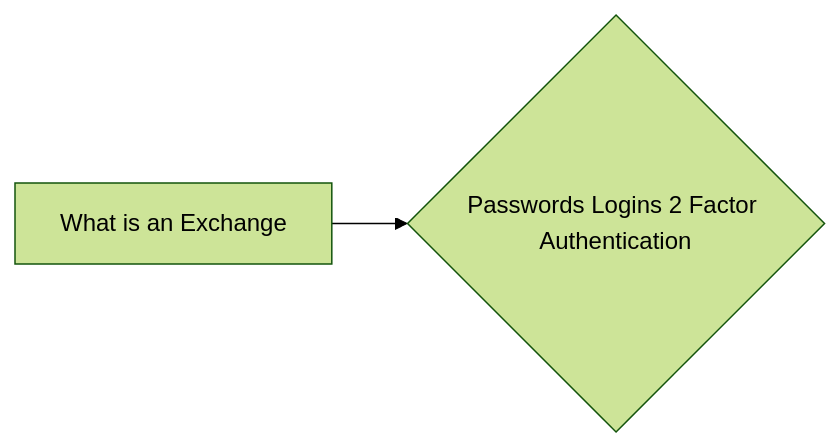
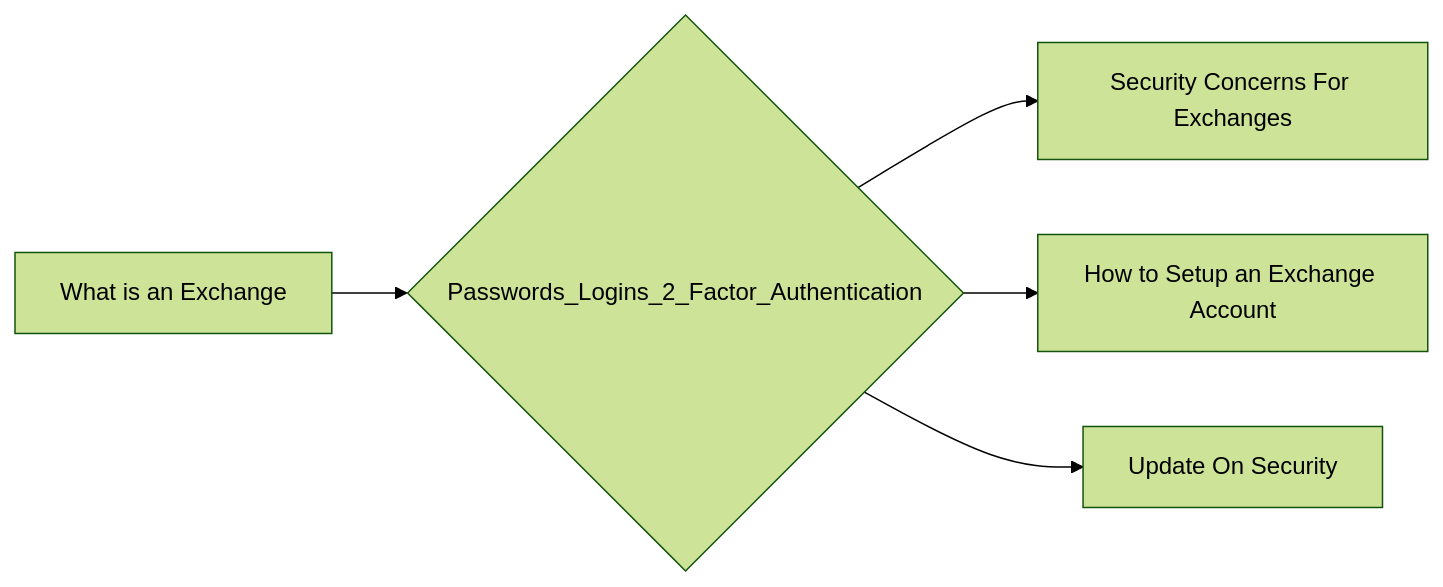
The diagram in notes/Passwords_Logins_2_Factor_Authentication.md (lpurdy01/crypto-knowledge-map), drawn with Mermaid (forest theme) before and after one commit. The commit also changed 161 other files, not shown here.

````diff
--- a/notes/Passwords_Logins_2_Factor_Authentication.md
+++ b/notes/Passwords_Logins_2_Factor_Authentication.md
@@ -6,4 +6,7 @@
 ```mermaid
 graph LR
-1["What is an Exchange"]-->0{"Passwords Logins 2 Factor Authentication"}
+1["What is an Exchange"]-->0{"Passwords_Logins_2_Factor_Authentication"}
+0{"Passwords_Logins_2_Factor_Authentication"}-->2["Security Concerns For Exchanges"]
+0{"Passwords_Logins_2_Factor_Authentication"}-->3["How to Setup an Exchange Account"]
+0{"Passwords_Logins_2_Factor_Authentication"}-->4["Update On Security"]
 ```
````
